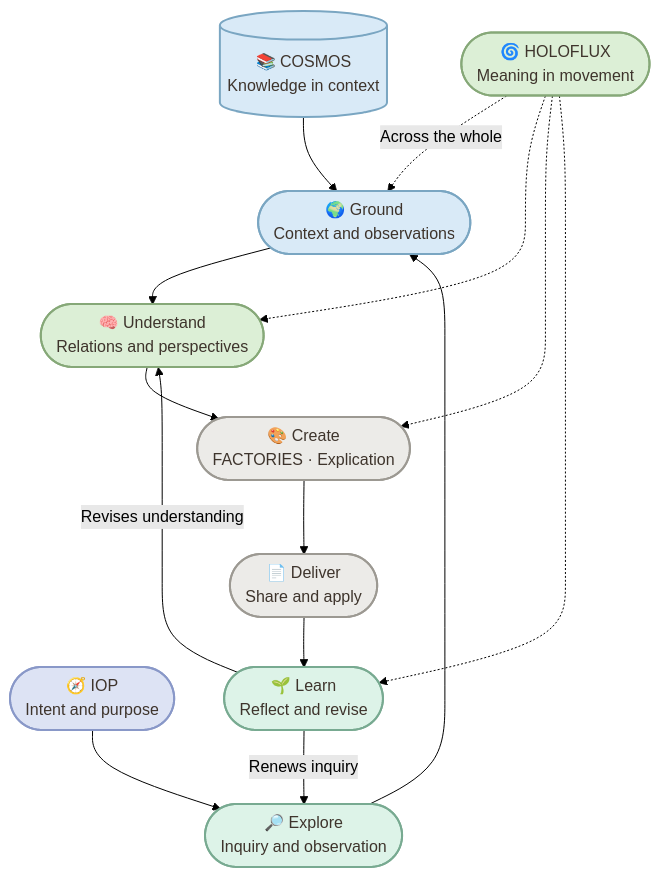
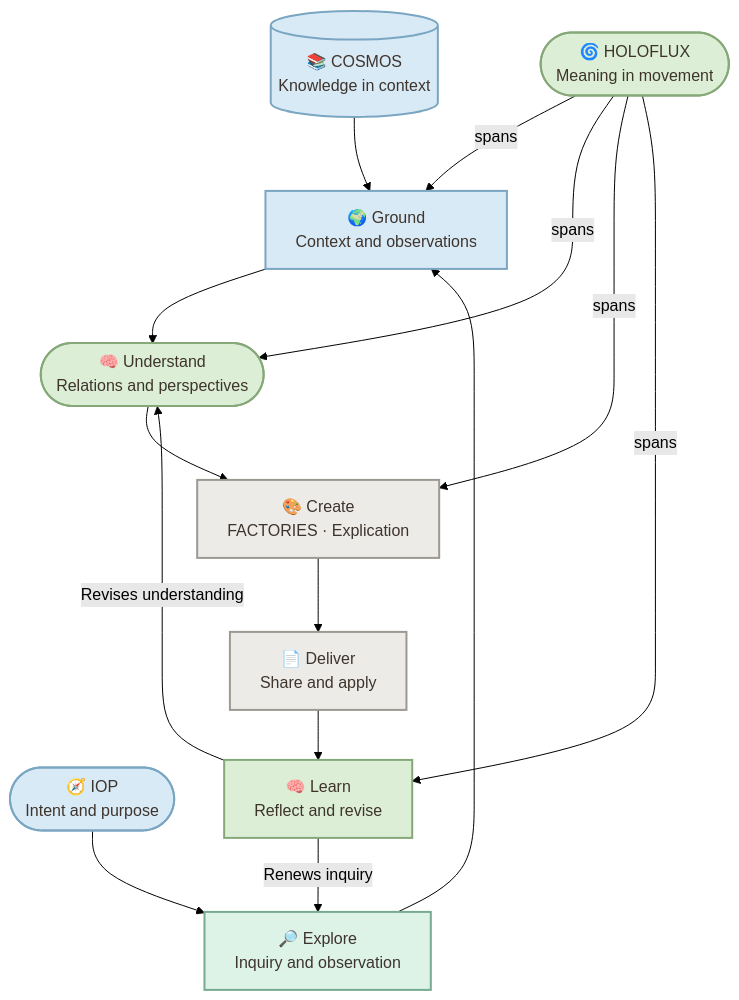
Before and after one commit to enogrob/project-holoflux: the second of 2 diagrams in README.md, drawn with Mermaid (forest theme). The commit also changed other lines of this file, not shown here.

Commit message:
update-readme

````diff
--- a/README.md
+++ b/README.md
@@ -75,32 +74,31 @@
 ```mermaid
 flowchart TD
     K[(📚 COSMOS<br/>Knowledge in context)]:::context
-    I([🧭 IOP<br/>Intent and purpose]):::orientation
-    E([🔎 Explore<br/>Inquiry and observation]):::observation
-    G([🌍 Ground<br/>Context and observations]):::context
+    I([🧭 IOP<br/>Intent and purpose]):::context
+    E[🔎 Explore<br/>Inquiry and observation]:::observation
+    G[🌍 Ground<br/>Context and observations]:::context
     U([🧠 Understand<br/>Relations and perspectives]):::understanding
-    C([🎨 Create<br/>FACTORIES · Explication]):::projection
-    D([📄 Deliver<br/>Share and apply]):::projection
-    L([🌱 Learn<br/>Reflect and revise]):::observation
+    C[🎨 Create<br/>FACTORIES · Explication]:::projection
+    D[📄 Deliver<br/>Share and apply]:::projection
+    L[🧠 Learn<br/>Reflect and revise]:::understanding
     H([🌀 HOLOFLUX<br/>Meaning in movement]):::understanding
 
     K --> G
     I --> E
     E --> G
     G --> U
     U --> C
     C --> D
     D --> L
     L -->|Renews inquiry| E
     L -->|Revises understanding| U
-    H -.->|Across the whole| G
-    H -.-> U
-    H -.-> C
-    H -.-> L
+    H -->|spans| G
+    H -->|spans| U
+    H -->|spans| C
+    H -->|spans| L
 
     classDef context fill:#D9EAF7,stroke:#7AA6C2,color:#3E342C,stroke-width:2px;
-    classDef orientation fill:#DDE3F4,stroke:#8998C8,color:#3E342C,stroke-width:2px;
     classDef understanding fill:#DCEFD6,stroke:#86A878,color:#3E342C,stroke-width:2px;
     classDef projection fill:#ECEBE8,stroke:#9C9992,color:#3E342C,stroke-width:2px;
     classDef observation fill:#DDF3E8,stroke:#78AA91,color:#3E342C,stroke-width:2px;
 ```
````
